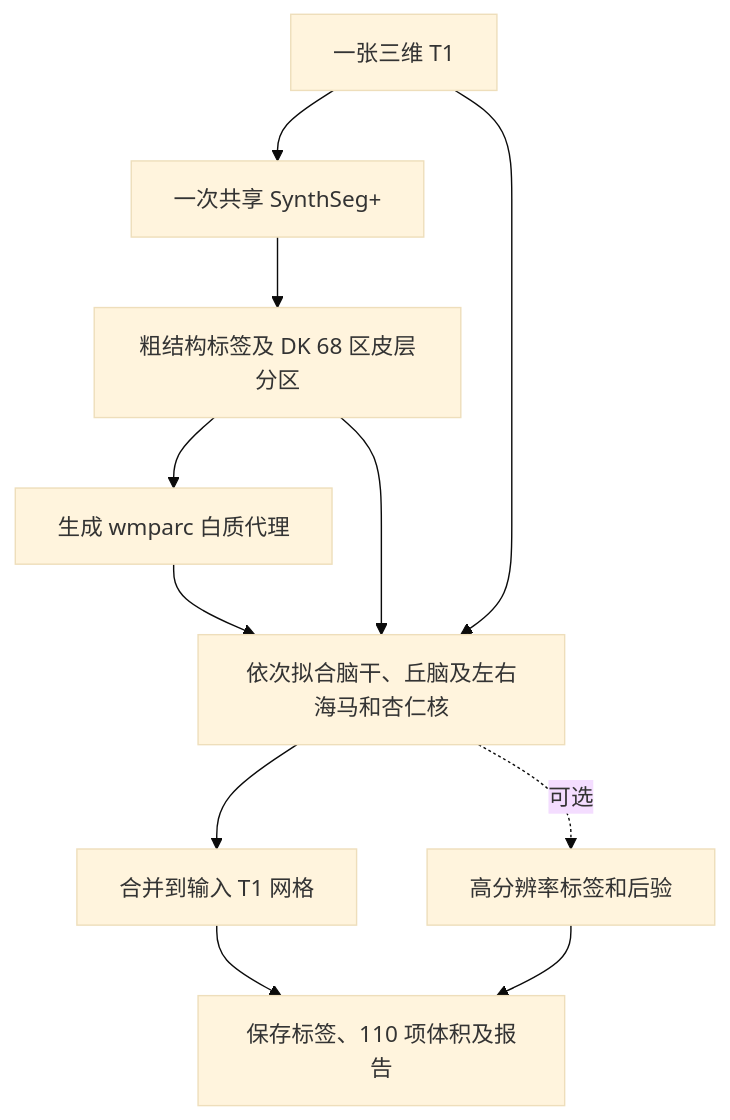
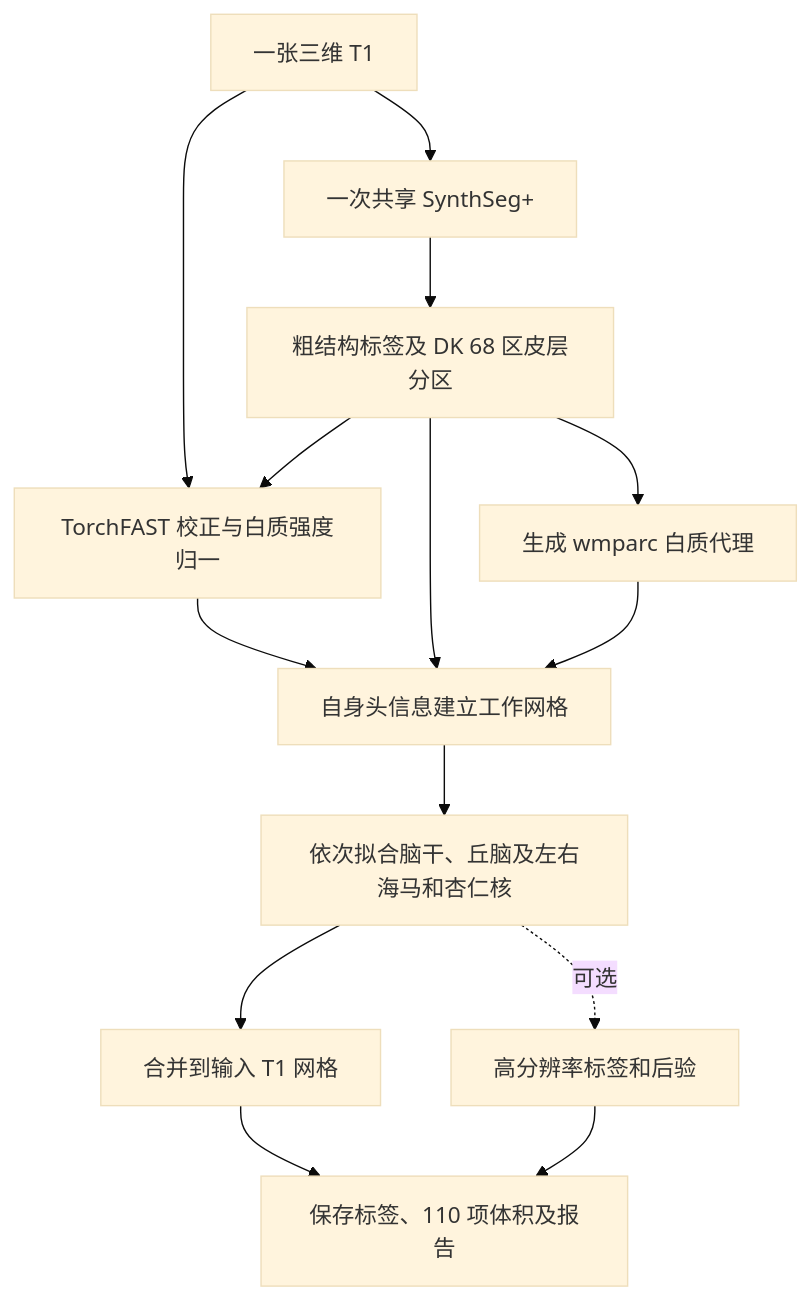
Before and after one commit to weikanggong1/Fudan-Neuroimaging-toolkit: the diagram in README.md, drawn with Mermaid (base theme). The commit also changed other lines of this file and 199 other files, not shown here.

````diff
--- a/README.md
+++ b/README.md
@@ -158,13 +158,16 @@
 ```mermaid
 flowchart TD
     T1[一张三维 T1] --> SS[一次共享 SynthSeg+]
     SS --> LABELS[粗结构标签及 DK 68 区皮层分区]
     LABELS --> WM[生成 wmparc 白质代理]
-    WM --> RECIPES[依次拟合脑干、丘脑及左右海马和杏仁核]
-    LABELS --> RECIPES
-    T1 --> RECIPES
+    T1 --> FAST[TorchFAST 校正与白质强度归一]
+    LABELS --> FAST
+    FAST --> GRID[自身头信息建立工作网格]
+    LABELS --> GRID
+    WM --> GRID
+    GRID --> RECIPES[依次拟合脑干、丘脑及左右海马和杏仁核]
     RECIPES --> MERGE[合并到输入 T1 网格]
     MERGE --> SAVE[保存标签、110 项体积及报告]
     RECIPES -. 可选 .-> HIGH[高分辨率标签和后验]
     HIGH --> SAVE
 ```
````
